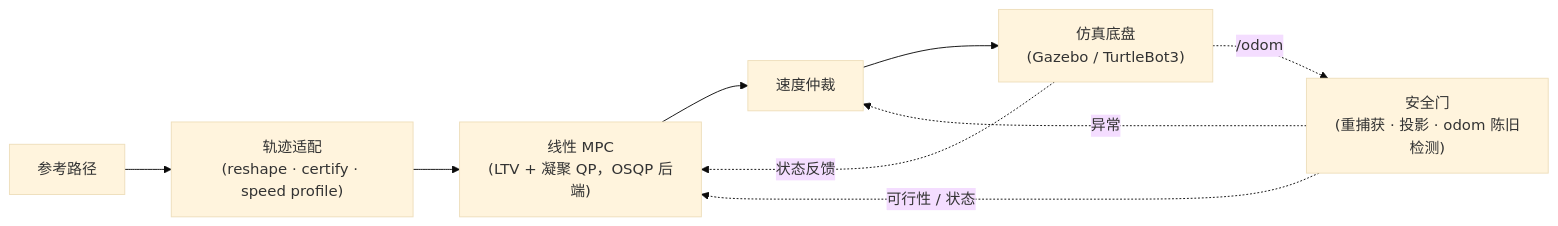
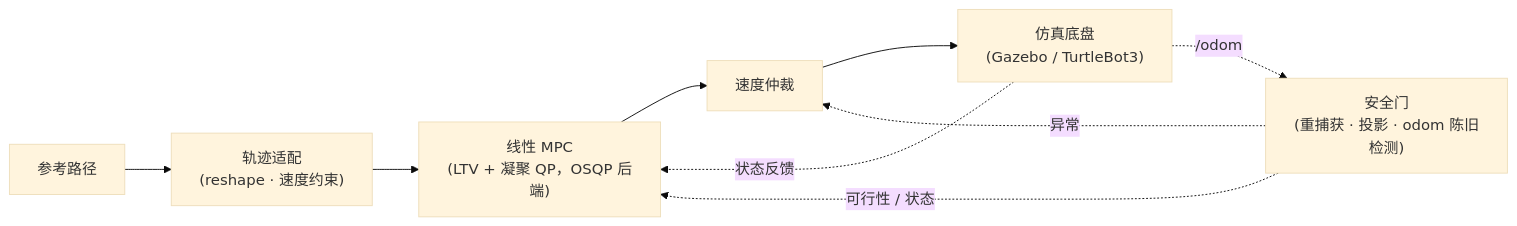
Before and after one commit to yeezhouyi/linear_mpc_controller: the first of 2 diagrams in README.md, drawn with Mermaid (base theme). The commit also changed other lines of this file, not shown here.

First line of the commit message:
README: scope the certify/speed-profile claim and split projection vs feasibility

````diff
--- a/README.md
+++ b/README.md
@@ -39,11 +39,11 @@
 ```mermaid
 flowchart LR
-    REF["参考路径"] --> ADAPT["轨迹适配<br/>(reshape · certify · speed profile)"]
+    REF["参考路径"] --> ADAPT["轨迹适配<br/>(reshape · 速度约束)"]
     ADAPT --> MPC["线性 MPC<br/>(LTV + 凝聚 QP，OSQP 后端)"]
     MPC --> ARB["速度仲裁"]
     ARB --> CHASSIS["仿真底盘<br/>(Gazebo / TurtleBot3)"]
     CHASSIS -. 状态反馈 .-> MPC
     CHASSIS -. /odom .-> GATE["安全门<br/>(重捕获 · 投影 · odom 陈旧检测)"]
     GATE -. 可行性 / 状态 .-> MPC
     GATE -. 异常 .-> ARB
 ```
````
